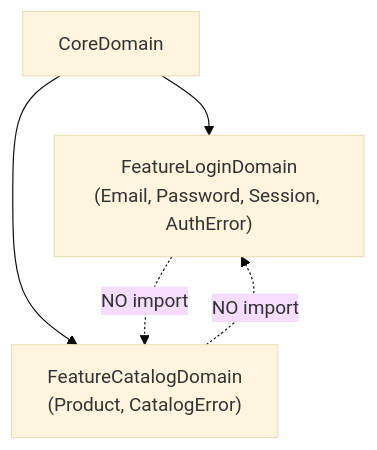
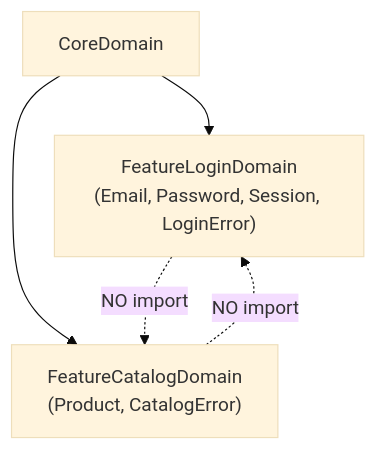
One commit to SwiftEnProfundidad/stack-my-architecture-ios changed the fourth of 4 diagrams in 04-arquitecto/01-bounded-contexts.md. Above: the diagram before and after it, drawn with Mermaid (base theme). The commit also changed 50 other files, not shown here.

````diff
--- a/04-arquitecto/01-bounded-contexts.md
+++ b/04-arquitecto/01-bounded-contexts.md
@@ -506,7 +506,7 @@
 ```mermaid
 graph TD
-    CD["CoreDomain"] --> FLD["FeatureLoginDomain<br/>(Email, Password, Session, AuthError)"]
+    CD["CoreDomain"] --> FLD["FeatureLoginDomain<br/>(Email, Password, Session, LoginError)"]
     CD --> FCD["FeatureCatalogDomain<br/>(Product, CatalogError)"]
     FLD -.->|"NO import"| FCD
     FCD -.->|"NO import"| FLD
 ```
````
